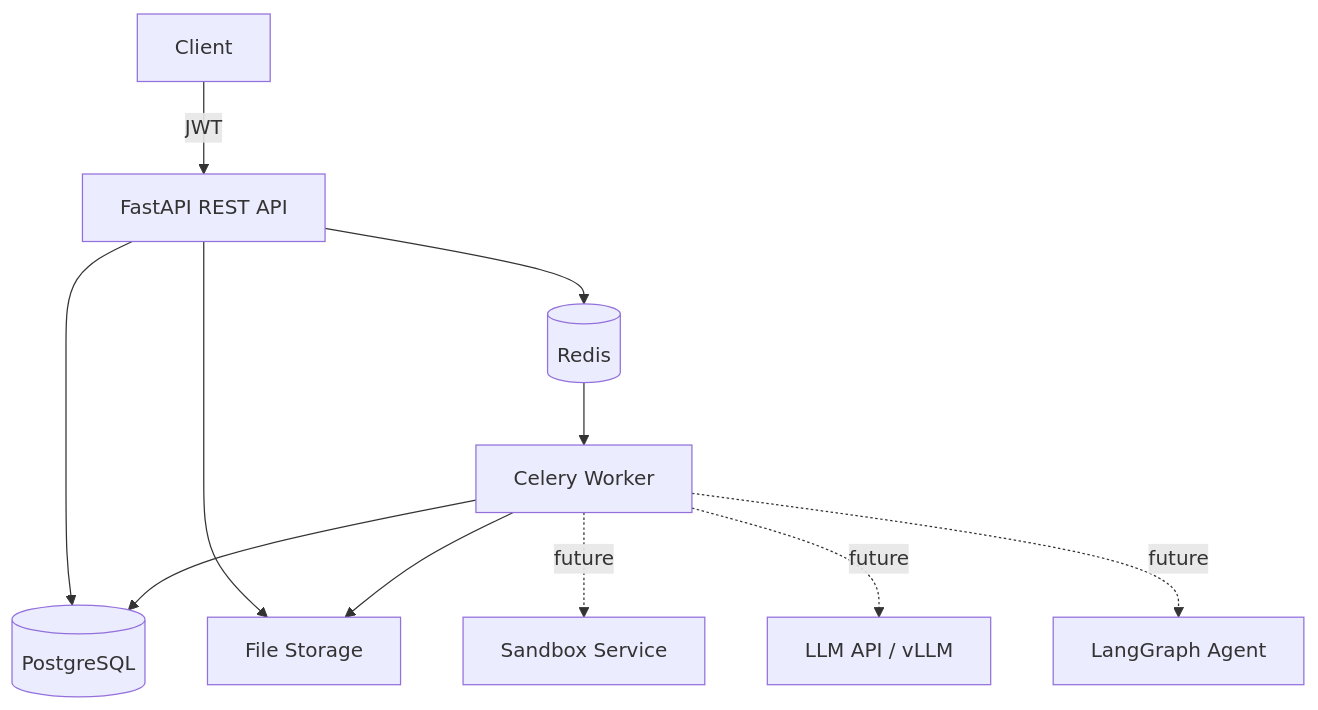
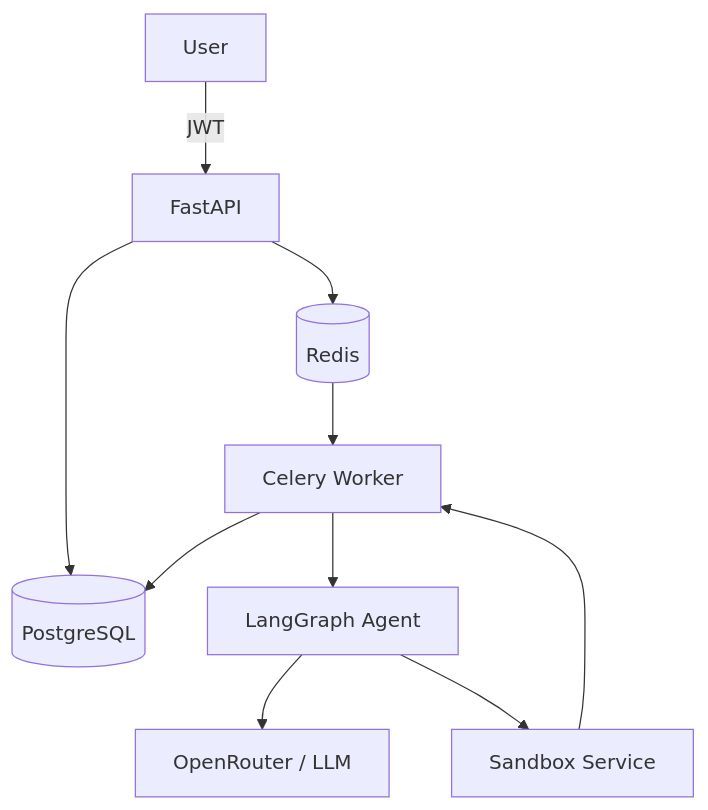
One commit to Ma-Sheikhani/data-scientist-agent changed the diagram in docs/ARCHITECTURE.md. Above: the diagram before and after it, drawn with Mermaid. The commit also changed 7 other files, not shown here.

````diff
--- a/docs/ARCHITECTURE.md
+++ b/docs/ARCHITECTURE.md
@@ -10,23 +10,12 @@
 ```mermaid
 graph TD
-    Client["Client"]
-    API["FastAPI REST API"]
-    DB[(PostgreSQL)]
-    Redis[(Redis)]
-    FS["File Storage"]
-    Worker["Celery Worker"]
-    Sandbox["Sandbox Service"]
-    LLM["LLM API / vLLM"]
-    LangGraph["LangGraph Agent"]
-
-    Client -->|JWT| API
-    API --> DB
-    API --> Redis
-    API --> FS
-    Redis --> Worker
+    User -->|JWT| API[FastAPI]
+    API --> DB[(PostgreSQL)]
+    API --> Redis[(Redis)]
+    Redis --> Worker[Celery Worker]
+    Worker --> Agent[LangGraph Agent]
+    Agent --> LLM[OpenRouter / LLM]
+    Agent --> Sandbox[Sandbox Service]
+    Sandbox --> Worker
     Worker --> DB
-    Worker --> FS
-    Worker -.->|future| Sandbox
-    Worker -.->|future| LLM
-    Worker -.->|future| LangGraph
 ```
````
